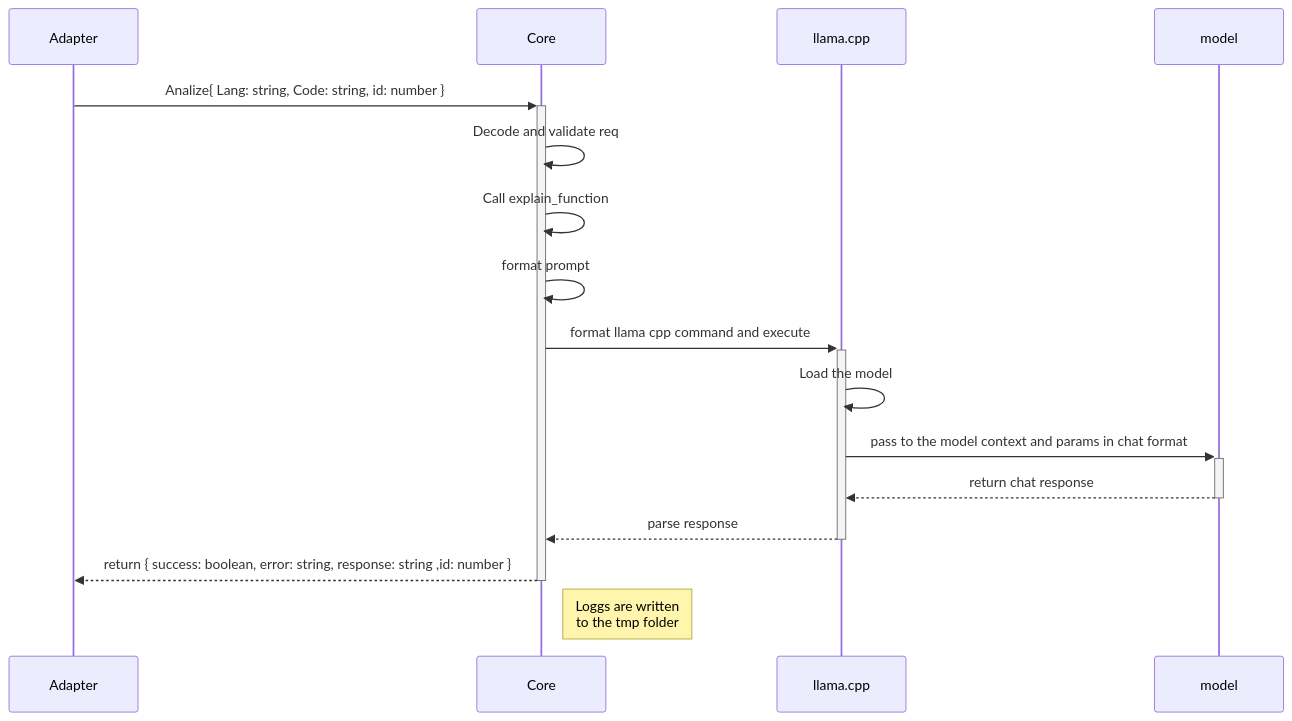
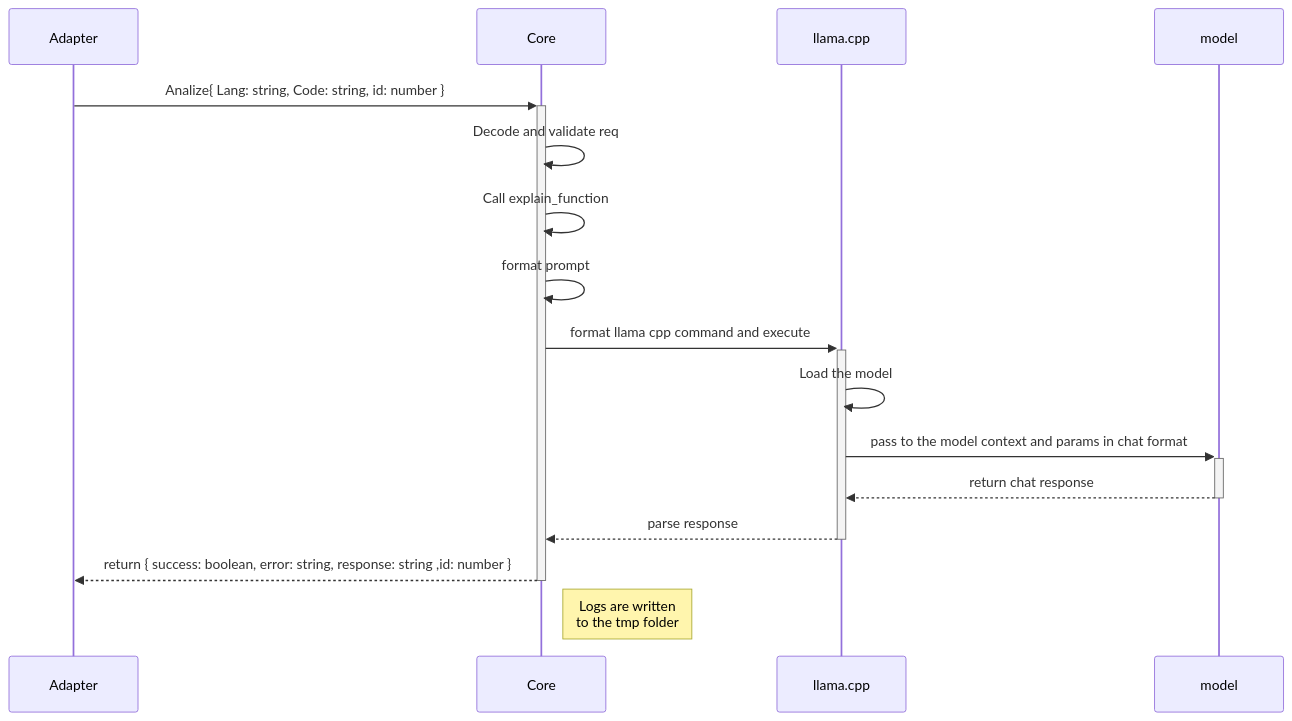
The second of 2 diagrams in README.md (AgustinAllamanoCosta/Pulpero), drawn with Mermaid before and after one commit. The commit also changed other lines of this file, not shown here.

````diff
--- a/README.md
+++ b/README.md
@@ -246,18 +246,18 @@
 ```mermaid
    sequenceDiagram
       participant Adapter
       participant Core
       participant llama.cpp
       participant model
       Adapter->>+Core: Analize{ Lang: string, Code: string, id: number }
       Core->>Core: Decode and validate req
       Core->>Core: Call explain_function
       Core->>Core: format prompt
       Core->>+llama.cpp: format llama cpp command and execute
       llama.cpp->>llama.cpp: Load the model
       llama.cpp->>+model: pass to the model context and params in chat format
       model-->>-llama.cpp: return chat response
       llama.cpp-->>-Core: parse response
       Core-->>-Adapter: return { success: boolean, error: string, response: string ,id: number }
-      Note right of Core: Loggs are written <br/> to the tmp folder
+      Note right of Core: Logs are written <br/> to the tmp folder
 ```
````
